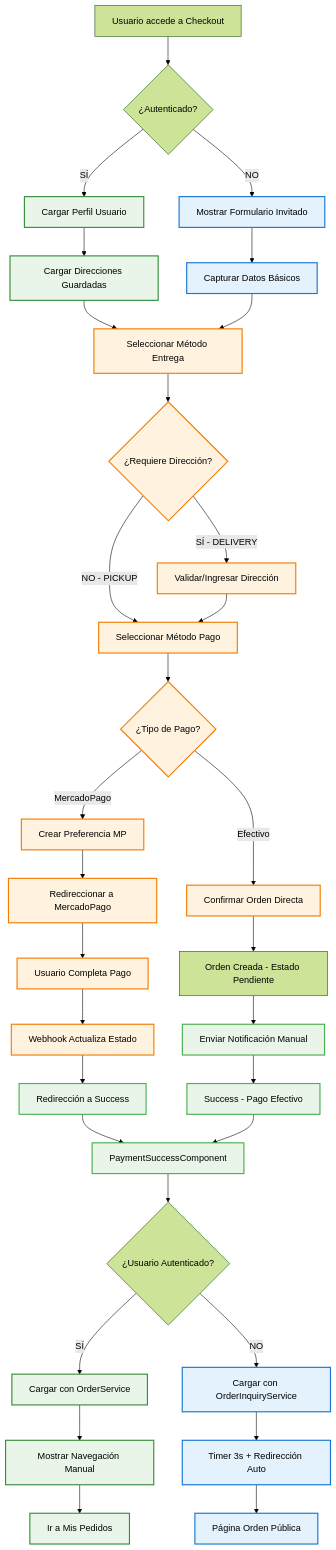
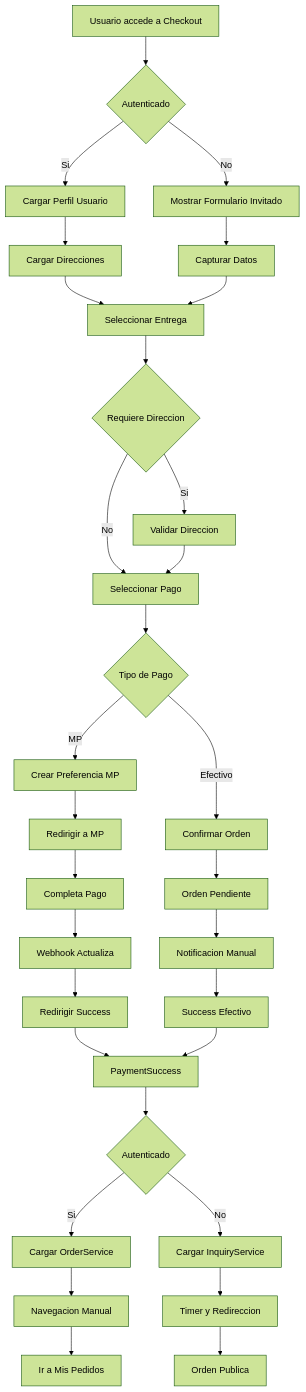
The first of 16 diagrams in docs_frontend/diagramas-flujo-actualizados.md (Ivetta-Luis-Alberto-114588/front-startup), drawn with Mermaid (forest theme) before and after one commit. The commit also changed other lines of this file and 7 other files, not shown here.

Commit message:
Add endpoint permissions documentation and update flow diagrams for checkout process

````diff
--- a/docs_frontend/diagramas-flujo-actualizados.md
+++ b/docs_frontend/diagramas-flujo-actualizados.md
@@ -19,44 +19,33 @@
 ```mermaid
 flowchart TD
-    A[Usuario accede a Checkout] --> B{¿Autenticado?}
-    B -->|SÍ| C[Cargar Perfil Usuario]
-    B -->|NO| D[Mostrar Formulario Invitado]
-    C --> E[Cargar Direcciones Guardadas]
-    D --> F[Capturar Datos Básicos]
-    E --> G[Seleccionar Método Entrega]
+    A[Usuario accede a Checkout] --> B{Autenticado}
+    B -->|Si| C[Cargar Perfil Usuario]
+    B -->|No| D[Mostrar Formulario Invitado]
+    C --> E[Cargar Direcciones]
+    D --> F[Capturar Datos]
+    E --> G[Seleccionar Entrega]
     F --> G
-    G --> H{¿Requiere Dirección?}
-    H -->|SÍ - DELIVERY| I[Validar/Ingresar Dirección]
-    H -->|NO - PICKUP| J[Seleccionar Método Pago]
+    G --> H{Requiere Direccion}
+    H -->|Si| I[Validar Direccion]
+    H -->|No| J[Seleccionar Pago]
     I --> J
-    J --> K{¿Tipo de Pago?}
-    K -->|MercadoPago| L[Crear Preferencia MP]
-    K -->|Efectivo| M[Confirmar Orden Directa]
-    L --> N[Redireccionar a MercadoPago]
-    M --> O[Orden Creada - Estado Pendiente]
-    N --> P[Usuario Completa Pago]
-    P --> Q[Webhook Actualiza Estado]
-    Q --> R[Redirección a Success]
-    O --> S[Enviar Notificación Manual]
-    S --> T[Success - Pago Efectivo]
-    R --> U[PaymentSuccessComponent]
+    J --> K{Tipo de Pago}
+    K -->|MP| L[Crear Preferencia MP]
+    K -->|Efectivo| M[Confirmar Orden]
+    L --> N[Redirigir a MP]
+    M --> O[Orden Pendiente]
+    N --> P[Completa Pago]
+    P --> Q[Webhook Actualiza]
+    Q --> R[Redirigir Success]
+    O --> S[Notificacion Manual]
+    S --> T[Success Efectivo]
+    R --> U[PaymentSuccess]
     T --> U
-    U --> V{¿Usuario Autenticado?}
-    V -->|SÍ| W[Cargar con OrderService]
-    V -->|NO| X[Cargar con OrderInquiryService]
-    W --> Y[Mostrar Navegación Manual]
-    X --> Z[Timer 3s + Redirección Auto]
-    Z --> AA[Página Orden Pública]
+    U --> V{Autenticado}
+    V -->|Si| W[Cargar OrderService]
+    V -->|No| X[Cargar InquiryService]
+    W --> Y[Navegacion Manual]
+    X --> Z[Timer y Redireccion]
+    Z --> AA[Orden Publica]
     Y --> BB[Ir a Mis Pedidos]
-
-    %% Estilos modernos con classDef
-    classDef guestUser fill:#e3f2fd,stroke:#1976d2,stroke-width:2px,color:#000
-    classDef authUser fill:#e8f5e8,stroke:#388e3c,stroke-width:2px,color:#000
-    classDef process fill:#fff3e0,stroke:#f57c00,stroke-width:2px,color:#000
-    classDef success fill:#e8f5e8,stroke:#4caf50,stroke-width:2px,color:#000
-
-    class D,F,X,Z,AA guestUser
-    class C,E,W,Y,BB authUser
-    class G,H,I,J,K,L,M,N,P,Q process
-    class U,T,R,S success
 ```
````
